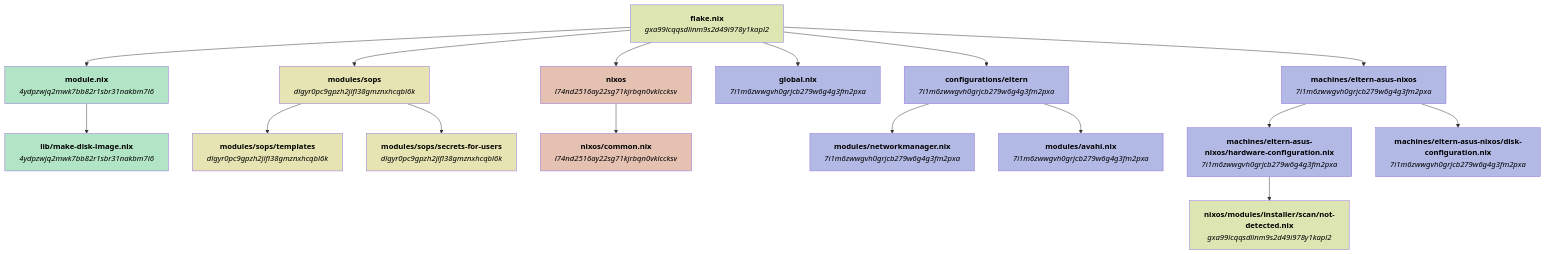
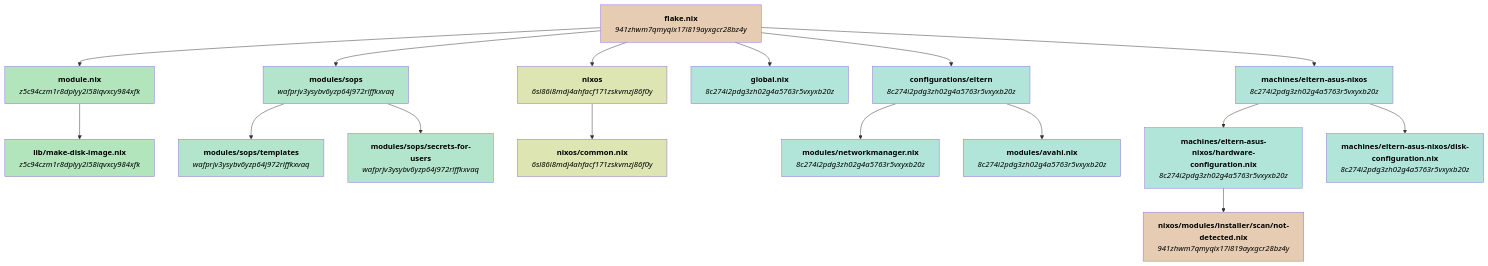
The first of 6 diagrams in GRAPHS.md (welles/nixos-config), drawn with Mermaid before and after one commit. The commit also changed other lines of this file, not shown here.

Commit message:
Update configuration graphs file

````diff
--- a/GRAPHS.md
+++ b/GRAPHS.md
@@ -5,82 +5,82 @@
 ```mermaid
 flowchart TD
-    ngxa99lcqqsdlinm9s2d49i978y1kapl2_flake_nix["`**flake.nix**
+    n941zhwm7qmyqix17l819ayxgcr28bz4y_flake_nix["`**flake.nix**
 
-_gxa99lcqqsdlinm9s2d49i978y1kapl2_`"]
-    n4ydpzwjq2mwk7bb82r1sbr31nakbm7l6_module_nix["`**module.nix**
+_941zhwm7qmyqix17l819ayxgcr28bz4y_`"]
+    nz5c94czm1r8dplyy2l58iqvxcy984xfk_module_nix["`**module.nix**
 
-_4ydpzwjq2mwk7bb82r1sbr31nakbm7l6_`"]
-    n4ydpzwjq2mwk7bb82r1sbr31nakbm7l6_lib_make_disk_image_nix["`**lib/make-disk-image.nix**
+_z5c94czm1r8dplyy2l58iqvxcy984xfk_`"]
+    nz5c94czm1r8dplyy2l58iqvxcy984xfk_lib_make_disk_image_nix["`**lib/make-disk-image.nix**
 
-_4ydpzwjq2mwk7bb82r1sbr31nakbm7l6_`"]
-    ndlgyr0pc9gpzh2jlfl38gmznxhcqbl6k_modules_sops["`**modules/sops**
+_z5c94czm1r8dplyy2l58iqvxcy984xfk_`"]
+    nwafprjv3ysybv6yzp64j972rlffkxvaq_modules_sops["`**modules/sops**
 
-_dlgyr0pc9gpzh2jlfl38gmznxhcqbl6k_`"]
-    ndlgyr0pc9gpzh2jlfl38gmznxhcqbl6k_modules_sops_templates["`**modules/sops/templates**
+_wafprjv3ysybv6yzp64j972rlffkxvaq_`"]
+    nwafprjv3ysybv6yzp64j972rlffkxvaq_modules_sops_templates["`**modules/sops/templates**
 
-_dlgyr0pc9gpzh2jlfl38gmznxhcqbl6k_`"]
-    ndlgyr0pc9gpzh2jlfl38gmznxhcqbl6k_modules_sops_secrets_for_users["`**modules/sops/secrets-for-users**
+_wafprjv3ysybv6yzp64j972rlffkxvaq_`"]
+    nwafprjv3ysybv6yzp64j972rlffkxvaq_modules_sops_secrets_for_users["`**modules/sops/secrets-for-users**
 
-_dlgyr0pc9gpzh2jlfl38gmznxhcqbl6k_`"]
-    nl74nd2516ay22sg71kjrbqn0vklccksv_nixos["`**nixos**
+_wafprjv3ysybv6yzp64j972rlffkxvaq_`"]
+    n6sl86i8mdj4ahfacf171zskvmzj86f0y_nixos["`**nixos**
 
-_l74nd2516ay22sg71kjrbqn0vklccksv_`"]
-    nl74nd2516ay22sg71kjrbqn0vklccksv_nixos_common_nix["`**nixos/common.nix**
+_6sl86i8mdj4ahfacf171zskvmzj86f0y_`"]
+    n6sl86i8mdj4ahfacf171zskvmzj86f0y_nixos_common_nix["`**nixos/common.nix**
 
-_l74nd2516ay22sg71kjrbqn0vklccksv_`"]
-    n7i1m6zwwgvh0grjcb279w6g4g3fm2pxa_global_nix["`**global.nix**
+_6sl86i8mdj4ahfacf171zskvmzj86f0y_`"]
+    n8c274i2pdg3zh02g4a5763r5vxyxb20z_global_nix["`**global.nix**
 
-_7i1m6zwwgvh0grjcb279w6g4g3fm2pxa_`"]
-    n7i1m6zwwgvh0grjcb279w6g4g3fm2pxa_configurations_eltern["`**configurations/eltern**
+_8c274i2pdg3zh02g4a5763r5vxyxb20z_`"]
+    n8c274i2pdg3zh02g4a5763r5vxyxb20z_configurations_eltern["`**configurations/eltern**
 
-_7i1m6zwwgvh0grjcb279w6g4g3fm2pxa_`"]
-    n7i1m6zwwgvh0grjcb279w6g4g3fm2pxa_modules_networkmanager_nix["`**modules/networkmanager.nix**
+_8c274i2pdg3zh02g4a5763r5vxyxb20z_`"]
+    n8c274i2pdg3zh02g4a5763r5vxyxb20z_modules_networkmanager_nix["`**modules/networkmanager.nix**
 
-_7i1m6zwwgvh0grjcb279w6g4g3fm2pxa_`"]
-    n7i1m6zwwgvh0grjcb279w6g4g3fm2pxa_modules_avahi_nix["`**modules/avahi.nix**
+_8c274i2pdg3zh02g4a5763r5vxyxb20z_`"]
+    n8c274i2pdg3zh02g4a5763r5vxyxb20z_modules_avahi_nix["`**modules/avahi.nix**
 
-_7i1m6zwwgvh0grjcb279w6g4g3fm2pxa_`"]
-    n7i1m6zwwgvh0grjcb279w6g4g3fm2pxa_machines_eltern_asus_nixos["`**machines/eltern-asus-nixos**
+_8c274i2pdg3zh02g4a5763r5vxyxb20z_`"]
+    n8c274i2pdg3zh02g4a5763r5vxyxb20z_machines_eltern_asus_nixos["`**machines/eltern-asus-nixos**
 
-_7i1m6zwwgvh0grjcb279w6g4g3fm2pxa_`"]
-    n7i1m6zwwgvh0grjcb279w6g4g3fm2pxa_machines_eltern_asus_nixos_hardware_configuration_nix["`**machines/eltern-asus-nixos/hardware-configuration.nix**
+_8c274i2pdg3zh02g4a5763r5vxyxb20z_`"]
+    n8c274i2pdg3zh02g4a5763r5vxyxb20z_machines_eltern_asus_nixos_hardware_configuration_nix["`**machines/eltern-asus-nixos/hardware-configuration.nix**
 
-_7i1m6zwwgvh0grjcb279w6g4g3fm2pxa_`"]
-    ngxa99lcqqsdlinm9s2d49i978y1kapl2_nixos_modules_installer_scan_not_detected_nix["`**nixos/modules/installer/scan/not-detected.nix**
+_8c274i2pdg3zh02g4a5763r5vxyxb20z_`"]
+    n941zhwm7qmyqix17l819ayxgcr28bz4y_nixos_modules_installer_scan_not_detected_nix["`**nixos/modules/installer/scan/not-detected.nix**
 
-_gxa99lcqqsdlinm9s2d49i978y1kapl2_`"]
-    n7i1m6zwwgvh0grjcb279w6g4g3fm2pxa_machines_eltern_asus_nixos_disk_configuration_nix["`**machines/eltern-asus-nixos/disk-configuration.nix**
+_941zhwm7qmyqix17l819ayxgcr28bz4y_`"]
+    n8c274i2pdg3zh02g4a5763r5vxyxb20z_machines_eltern_asus_nixos_disk_configuration_nix["`**machines/eltern-asus-nixos/disk-configuration.nix**
 
-_7i1m6zwwgvh0grjcb279w6g4g3fm2pxa_`"]
-    ngxa99lcqqsdlinm9s2d49i978y1kapl2_flake_nix --> n4ydpzwjq2mwk7bb82r1sbr31nakbm7l6_module_nix
-    ngxa99lcqqsdlinm9s2d49i978y1kapl2_flake_nix --> ndlgyr0pc9gpzh2jlfl38gmznxhcqbl6k_modules_sops
-    ngxa99lcqqsdlinm9s2d49i978y1kapl2_flake_nix --> nl74nd2516ay22sg71kjrbqn0vklccksv_nixos
-    ngxa99lcqqsdlinm9s2d49i978y1kapl2_flake_nix --> n7i1m6zwwgvh0grjcb279w6g4g3fm2pxa_global_nix
-    ngxa99lcqqsdlinm9s2d49i978y1kapl2_flake_nix --> n7i1m6zwwgvh0grjcb279w6g4g3fm2pxa_configurations_eltern
-    ngxa99lcqqsdlinm9s2d49i978y1kapl2_flake_nix --> n7i1m6zwwgvh0grjcb279w6g4g3fm2pxa_machines_eltern_asus_nixos
-    n4ydpzwjq2mwk7bb82r1sbr31nakbm7l6_module_nix --> n4ydpzwjq2mwk7bb82r1sbr31nakbm7l6_lib_make_disk_image_nix
-    ndlgyr0pc9gpzh2jlfl38gmznxhcqbl6k_modules_sops --> ndlgyr0pc9gpzh2jlfl38gmznxhcqbl6k_modules_sops_templates
-    ndlgyr0pc9gpzh2jlfl38gmznxhcqbl6k_modules_sops --> ndlgyr0pc9gpzh2jlfl38gmznxhcqbl6k_modules_sops_secrets_for_users
-    nl74nd2516ay22sg71kjrbqn0vklccksv_nixos --> nl74nd2516ay22sg71kjrbqn0vklccksv_nixos_common_nix
-    n7i1m6zwwgvh0grjcb279w6g4g3fm2pxa_configurations_eltern --> n7i1m6zwwgvh0grjcb279w6g4g3fm2pxa_modules_networkmanager_nix
-    n7i1m6zwwgvh0grjcb279w6g4g3fm2pxa_configurations_eltern --> n7i1m6zwwgvh0grjcb279w6g4g3fm2pxa_modules_avahi_nix
-    n7i1m6zwwgvh0grjcb279w6g4g3fm2pxa_machines_eltern_asus_nixos --> n7i1m6zwwgvh0grjcb279w6g4g3fm2pxa_machines_eltern_asus_nixos_hardware_configuration_nix
-    n7i1m6zwwgvh0grjcb279w6g4g3fm2pxa_machines_eltern_asus_nixos --> n7i1m6zwwgvh0grjcb279w6g4g3fm2pxa_machines_eltern_asus_nixos_disk_configuration_nix
-    n7i1m6zwwgvh0grjcb279w6g4g3fm2pxa_machines_eltern_asus_nixos_hardware_configuration_nix --> ngxa99lcqqsdlinm9s2d49i978y1kapl2_nixos_modules_installer_scan_not_detected_nix
-    style ngxa99lcqqsdlinm9s2d49i978y1kapl2_flake_nix fill:#dde5b2,color:#000000
-    style n4ydpzwjq2mwk7bb82r1sbr31nakbm7l6_module_nix fill:#b2e5c5,color:#000000
-    style n4ydpzwjq2mwk7bb82r1sbr31nakbm7l6_lib_make_disk_image_nix fill:#b2e5c5,color:#000000
-    style ndlgyr0pc9gpzh2jlfl38gmznxhcqbl6k_modules_sops fill:#e5e4b2,color:#000000
-    style ndlgyr0pc9gpzh2jlfl38gmznxhcqbl6k_modules_sops_templates fill:#e5e4b2,color:#000000
-    style ndlgyr0pc9gpzh2jlfl38gmznxhcqbl6k_modules_sops_secrets_for_users fill:#e5e4b2,color:#000000
-    style nl74nd2516ay22sg71kjrbqn0vklccksv_nixos fill:#e5c1b2,color:#000000
-    style nl74nd2516ay22sg71kjrbqn0vklccksv_nixos_common_nix fill:#e5c1b2,color:#000000
-    style n7i1m6zwwgvh0grjcb279w6g4g3fm2pxa_global_nix fill:#b2b9e5,color:#000000
-    style n7i1m6zwwgvh0grjcb279w6g4g3fm2pxa_configurations_eltern fill:#b2b9e5,color:#000000
-    style n7i1m6zwwgvh0grjcb279w6g4g3fm2pxa_modules_networkmanager_nix fill:#b2b9e5,color:#000000
-    style n7i1m6zwwgvh0grjcb279w6g4g3fm2pxa_modules_avahi_nix fill:#b2b9e5,color:#000000
-    style n7i1m6zwwgvh0grjcb279w6g4g3fm2pxa_machines_eltern_asus_nixos fill:#b2b9e5,color:#000000
-    style n7i1m6zwwgvh0grjcb279w6g4g3fm2pxa_machines_eltern_asus_nixos_hardware_configuration_nix fill:#b2b9e5,color:#000000
-    style ngxa99lcqqsdlinm9s2d49i978y1kapl2_nixos_modules_installer_scan_not_detected_nix fill:#dde5b2,color:#000000
-    style n7i1m6zwwgvh0grjcb279w6g4g3fm2pxa_machines_eltern_asus_nixos_disk_configuration_nix fill:#b2b9e5,color:#000000
+_8c274i2pdg3zh02g4a5763r5vxyxb20z_`"]
+    n941zhwm7qmyqix17l819ayxgcr28bz4y_flake_nix --> nz5c94czm1r8dplyy2l58iqvxcy984xfk_module_nix
+    n941zhwm7qmyqix17l819ayxgcr28bz4y_flake_nix --> nwafprjv3ysybv6yzp64j972rlffkxvaq_modules_sops
+    n941zhwm7qmyqix17l819ayxgcr28bz4y_flake_nix --> n6sl86i8mdj4ahfacf171zskvmzj86f0y_nixos
+    n941zhwm7qmyqix17l819ayxgcr28bz4y_flake_nix --> n8c274i2pdg3zh02g4a5763r5vxyxb20z_global_nix
+    n941zhwm7qmyqix17l819ayxgcr28bz4y_flake_nix --> n8c274i2pdg3zh02g4a5763r5vxyxb20z_configurations_eltern
+    n941zhwm7qmyqix17l819ayxgcr28bz4y_flake_nix --> n8c274i2pdg3zh02g4a5763r5vxyxb20z_machines_eltern_asus_nixos
+    nz5c94czm1r8dplyy2l58iqvxcy984xfk_module_nix --> nz5c94czm1r8dplyy2l58iqvxcy984xfk_lib_make_disk_image_nix
+    nwafprjv3ysybv6yzp64j972rlffkxvaq_modules_sops --> nwafprjv3ysybv6yzp64j972rlffkxvaq_modules_sops_templates
+    nwafprjv3ysybv6yzp64j972rlffkxvaq_modules_sops --> nwafprjv3ysybv6yzp64j972rlffkxvaq_modules_sops_secrets_for_users
+    n6sl86i8mdj4ahfacf171zskvmzj86f0y_nixos --> n6sl86i8mdj4ahfacf171zskvmzj86f0y_nixos_common_nix
+    n8c274i2pdg3zh02g4a5763r5vxyxb20z_configurations_eltern --> n8c274i2pdg3zh02g4a5763r5vxyxb20z_modules_networkmanager_nix
+    n8c274i2pdg3zh02g4a5763r5vxyxb20z_configurations_eltern --> n8c274i2pdg3zh02g4a5763r5vxyxb20z_modules_avahi_nix
+    n8c274i2pdg3zh02g4a5763r5vxyxb20z_machines_eltern_asus_nixos --> n8c274i2pdg3zh02g4a5763r5vxyxb20z_machines_eltern_asus_nixos_hardware_configuration_nix
+    n8c274i2pdg3zh02g4a5763r5vxyxb20z_machines_eltern_asus_nixos --> n8c274i2pdg3zh02g4a5763r5vxyxb20z_machines_eltern_asus_nixos_disk_configuration_nix
+    n8c274i2pdg3zh02g4a5763r5vxyxb20z_machines_eltern_asus_nixos_hardware_configuration_nix --> n941zhwm7qmyqix17l819ayxgcr28bz4y_nixos_modules_installer_scan_not_detected_nix
+    style n941zhwm7qmyqix17l819ayxgcr28bz4y_flake_nix fill:#e5ccb2,color:#000000
+    style nz5c94czm1r8dplyy2l58iqvxcy984xfk_module_nix fill:#b2e5bc,color:#000000
+    style nz5c94czm1r8dplyy2l58iqvxcy984xfk_lib_make_disk_image_nix fill:#b2e5bc,color:#000000
+    style nwafprjv3ysybv6yzp64j972rlffkxvaq_modules_sops fill:#b2e5cc,color:#000000
+    style nwafprjv3ysybv6yzp64j972rlffkxvaq_modules_sops_templates fill:#b2e5cc,color:#000000
+    style nwafprjv3ysybv6yzp64j972rlffkxvaq_modules_sops_secrets_for_users fill:#b2e5cc,color:#000000
+    style n6sl86i8mdj4ahfacf171zskvmzj86f0y_nixos fill:#dde5b2,color:#000000
+    style n6sl86i8mdj4ahfacf171zskvmzj86f0y_nixos_common_nix fill:#dde5b2,color:#000000
+    style n8c274i2pdg3zh02g4a5763r5vxyxb20z_global_nix fill:#b2e5da,color:#000000
+    style n8c274i2pdg3zh02g4a5763r5vxyxb20z_configurations_eltern fill:#b2e5da,color:#000000
+    style n8c274i2pdg3zh02g4a5763r5vxyxb20z_modules_networkmanager_nix fill:#b2e5da,color:#000000
+    style n8c274i2pdg3zh02g4a5763r5vxyxb20z_modules_avahi_nix fill:#b2e5da,color:#000000
+    style n8c274i2pdg3zh02g4a5763r5vxyxb20z_machines_eltern_asus_nixos fill:#b2e5da,color:#000000
+    style n8c274i2pdg3zh02g4a5763r5vxyxb20z_machines_eltern_asus_nixos_hardware_configuration_nix fill:#b2e5da,color:#000000
+    style n941zhwm7qmyqix17l819ayxgcr28bz4y_nixos_modules_installer_scan_not_detected_nix fill:#e5ccb2,color:#000000
+    style n8c274i2pdg3zh02g4a5763r5vxyxb20z_machines_eltern_asus_nixos_disk_configuration_nix fill:#b2e5da,color:#000000
 ```
````
